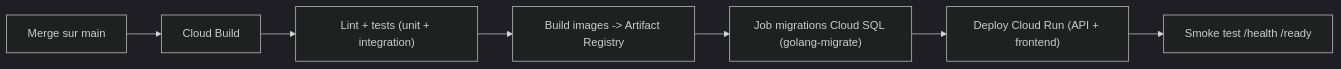
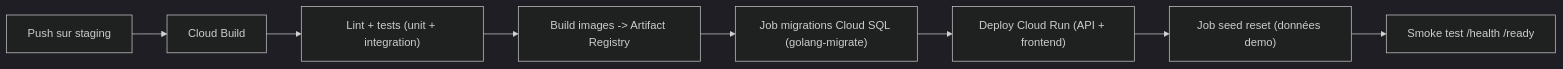
One commit to olegrand1976/kore changed the second of 2 diagrams in technical/foundation/09-gcp-infrastructure.md. Above: the diagram before and after it, drawn with Mermaid (dark theme). The commit also changed 5 other files, not shown here.

First line of the commit message:
ci(gcp): déployer staging avec seed reset à chaque push.

````diff
--- a/technical/foundation/09-gcp-infrastructure.md
+++ b/technical/foundation/09-gcp-infrastructure.md
@@ -90,9 +90,10 @@
 ```mermaid
 flowchart LR
-  Git["Merge sur main"] --> CB["Cloud Build"]
+  Git["Push sur staging"] --> CB["Cloud Build"]
   CB --> Test["Lint + tests (unit + integration)"]
   Test --> Img["Build images -> Artifact Registry"]
   Img --> Migrate["Job migrations Cloud SQL (golang-migrate)"]
   Migrate --> Deploy["Deploy Cloud Run (API + frontend)"]
-  Deploy --> Smoke["Smoke test /health /ready"]
+  Deploy --> SeedReset["Job seed reset (données demo)"]
+  SeedReset --> Smoke["Smoke test /health /ready"]
 ```
````
